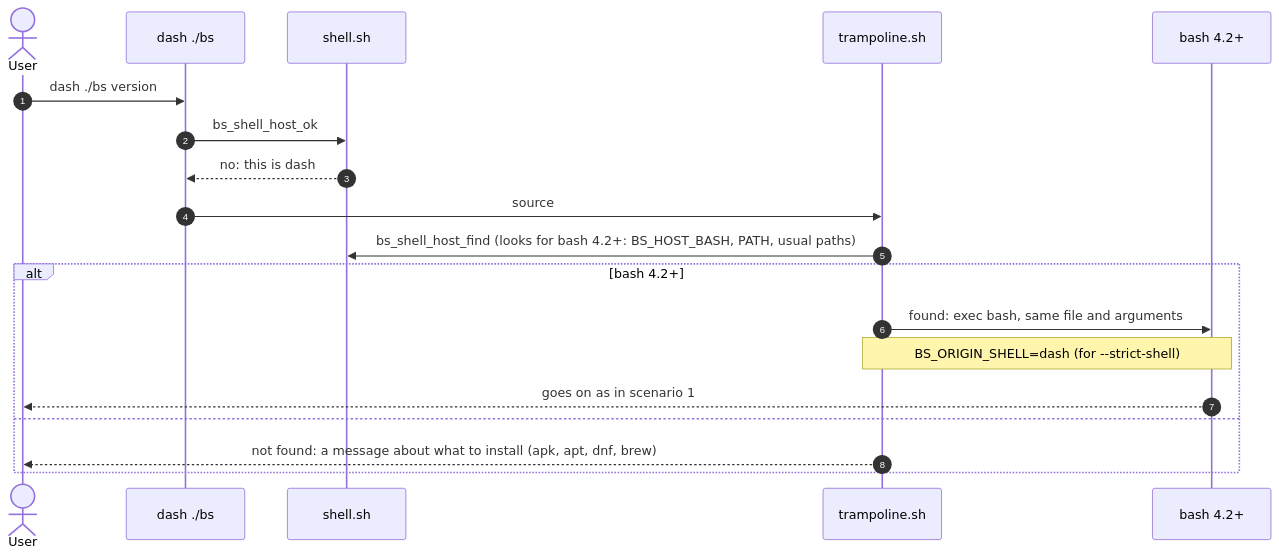
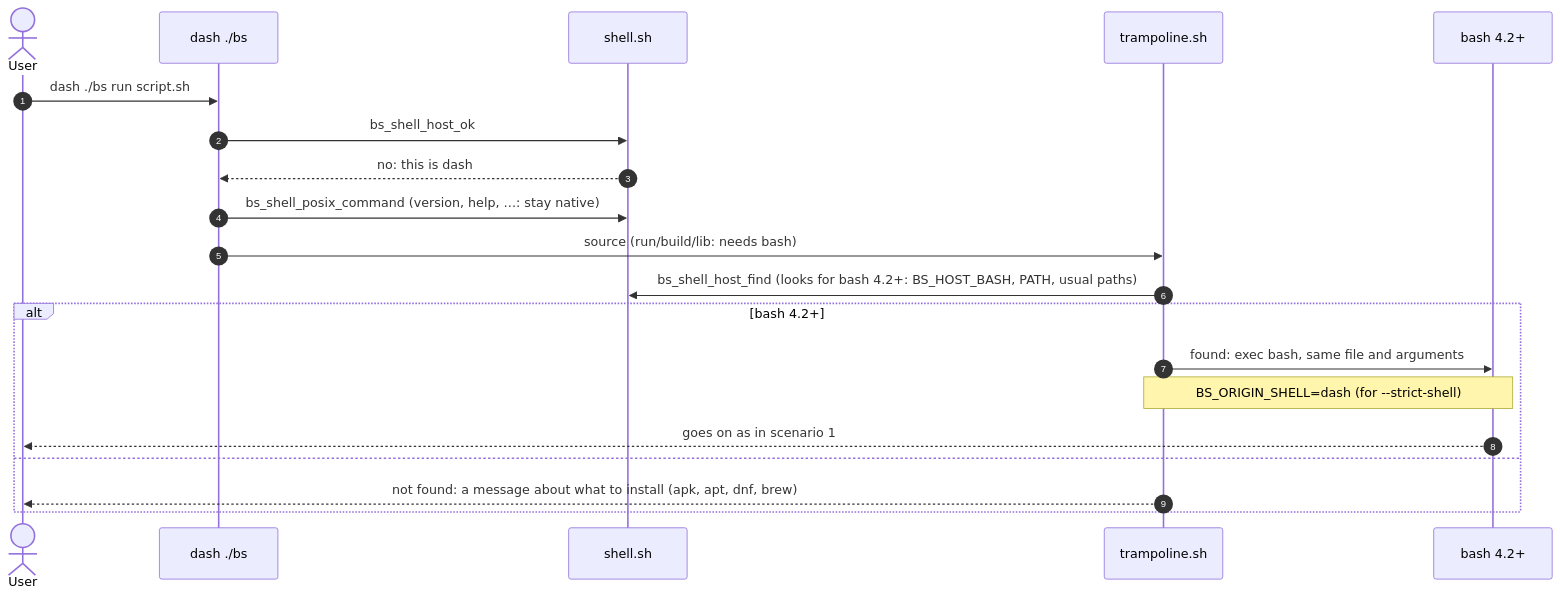
One commit to Igormm/bs changed the fourth of 8 diagrams in documentation/en/01-getting-started/README.md. Above: the diagram before and after it, drawn with Mermaid. The commit also changed other lines of this file and 38 other files, not shown here.

````diff
--- a/documentation/en/01-getting-started/README.md
+++ b/documentation/en/01-getting-started/README.md
@@ -447,21 +464,22 @@
 ```mermaid
 sequenceDiagram
   autonumber
   actor U as User
   participant d as dash ./bs
   participant sh as shell.sh
   participant tr as trampoline.sh
   participant b as bash 4.2+
-  U->>d: dash ./bs version
+  U->>d: dash ./bs run script.sh
   d->>sh: bs_shell_host_ok
   sh-->>d: no: this is dash
-  d->>tr: source
+  d->>sh: bs_shell_posix_command (version, help, …: stay native)
+  d->>tr: source (run/build/lib: needs bash)
   tr->>sh: bs_shell_host_find (looks for bash 4.2+: BS_HOST_BASH, PATH, usual paths)
   alt bash 4.2+
     tr->>b: found: exec bash, same file and arguments
     Note over tr,b: BS_ORIGIN_SHELL=dash (for --strict-shell)
     b-->>U: goes on as in scenario 1
   else
     tr-->>U: not found: a message about what to install (apk, apt, dnf, brew)
   end
 ```
````
